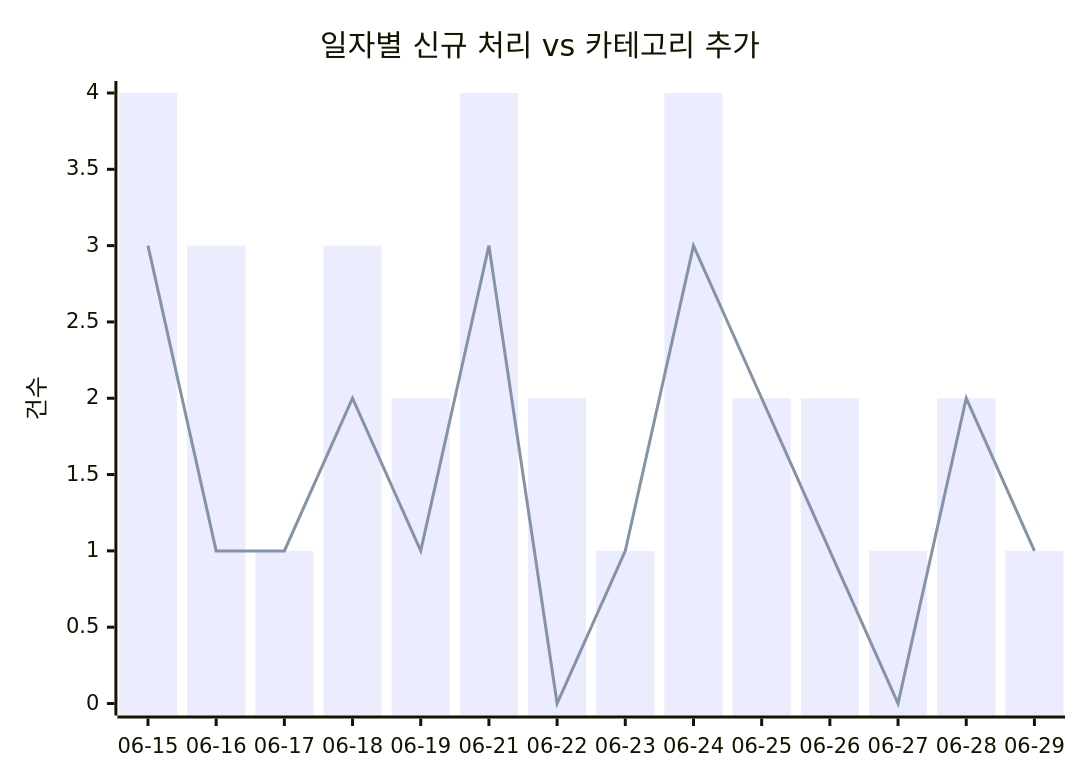
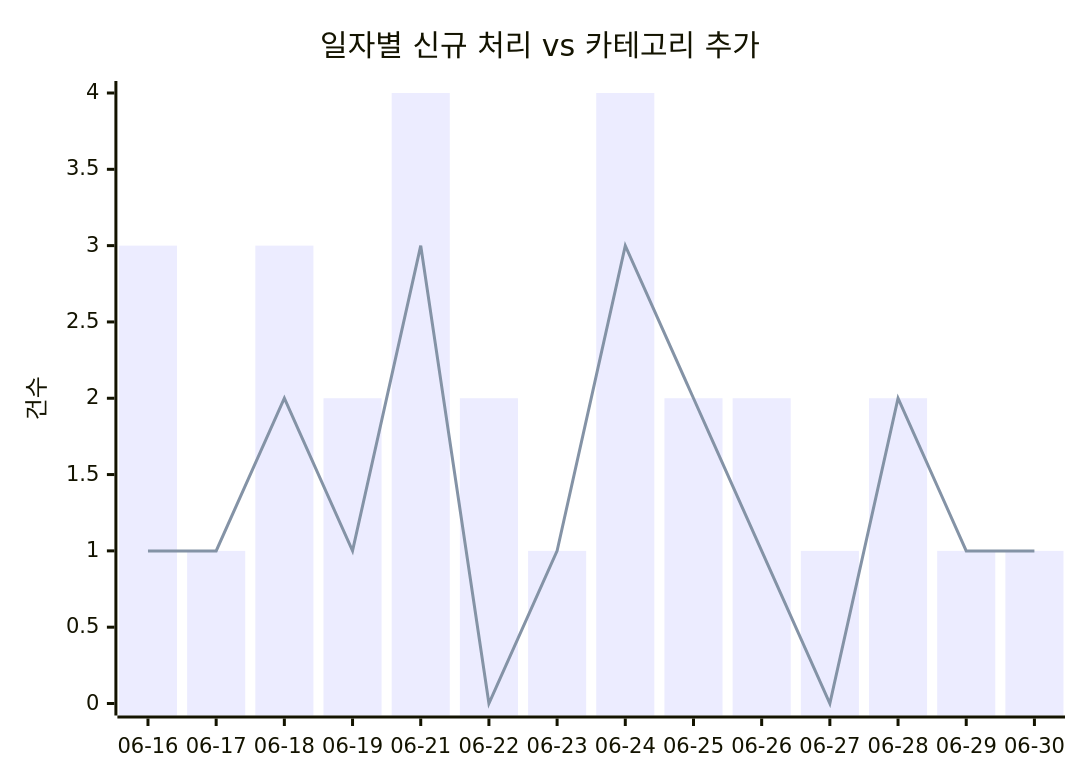
The first of 2 diagrams in docs/trends.md (J-nowcow/awesome-korean-agent-skills), drawn with Mermaid before and after one commit. The commit also changed other lines of this file and 4 other files, not shown here.

````diff
--- a/docs/trends.md
+++ b/docs/trends.md
@@ -32,8 +32,8 @@
 ```mermaid
 xychart-beta
     title "일자별 신규 처리 vs 카테고리 추가"
-    x-axis ["06-15","06-16","06-17","06-18","06-19","06-21","06-22","06-23","06-24","06-25","06-26","06-27","06-28","06-29"]
+    x-axis ["06-16","06-17","06-18","06-19","06-21","06-22","06-23","06-24","06-25","06-26","06-27","06-28","06-29","06-30"]
     y-axis "건수"
-    bar [4,3,1,3,2,4,2,1,4,2,2,1,2,1]
-    line [3,1,1,2,1,3,0,1,3,2,1,0,2,1]
+    bar [3,1,3,2,4,2,1,4,2,2,1,2,1,1]
+    line [1,1,2,1,3,0,1,3,2,1,0,2,1,1]
 ```
````
